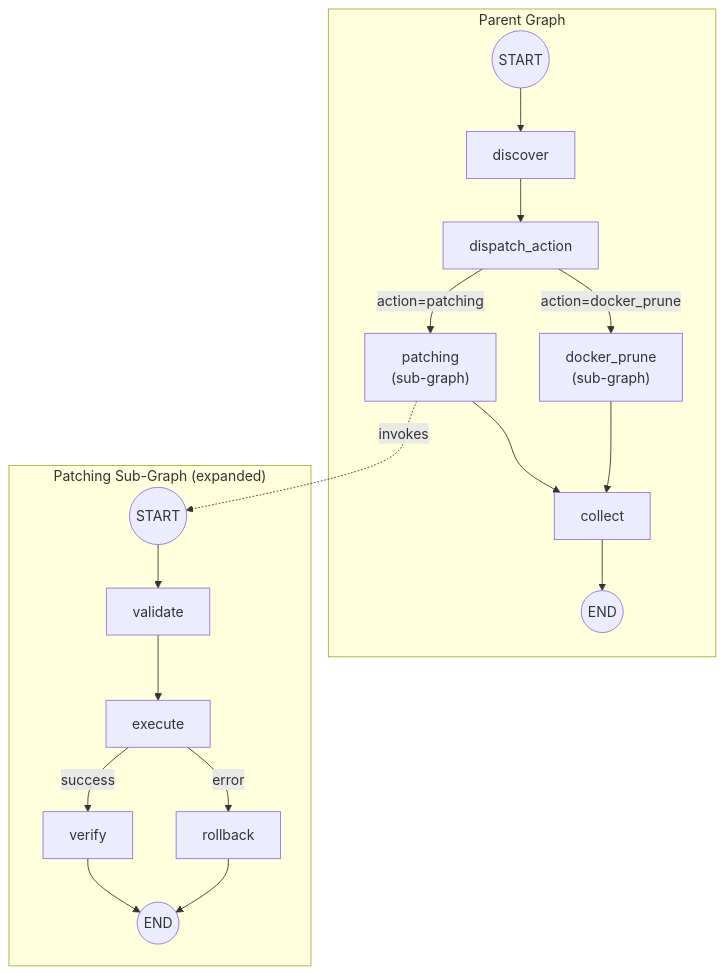
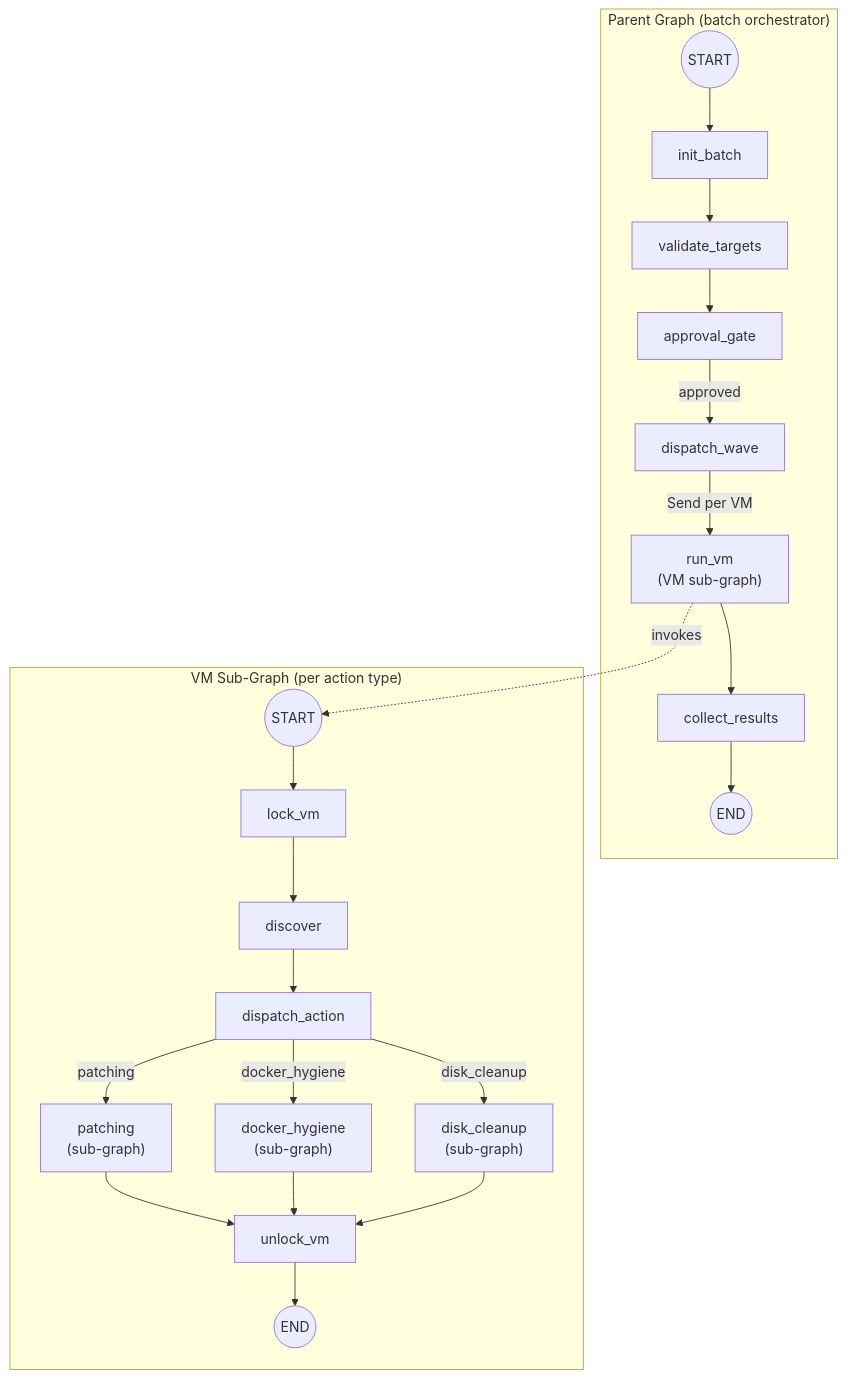
The fourth of 6 diagrams in docs/langgraph-primer.md (psc0des/Errander-AI), drawn with Mermaid before and after one commit. The commit also changed other lines of this file and 11 other files, not shown here.

````diff
--- a/docs/langgraph-primer.md
+++ b/docs/langgraph-primer.md
@@ -192,24 +212,28 @@
 ```mermaid
 graph TD
-    subgraph Parent["Parent Graph"]
-        P_START(("START")) --> discover["discover"]
-        discover --> dispatch["dispatch_action"]
-        dispatch -->|"action=patching"| patch_sub["patching<br/>(sub-graph)"]
-        dispatch -->|"action=docker_prune"| docker_sub["docker_prune<br/>(sub-graph)"]
-        patch_sub --> collect["collect"]
-        docker_sub --> collect
+    subgraph Parent["Parent Graph (batch orchestrator)"]
+        P_START(("START")) --> init["init_batch"]
+        init --> validate["validate_targets"]
+        validate --> approval["approval_gate"]
+        approval -->|"approved"| dispatch["dispatch_wave"]
+        dispatch -->|"Send per VM"| run_vm["run_vm<br/>(VM sub-graph)"]
+        run_vm --> collect["collect_results"]
         collect --> P_END(("END"))
     end
 
-    subgraph Sub["Patching Sub-Graph (expanded)"]
-        S_START(("START")) --> validate["validate"]
-        validate --> execute["execute"]
-        execute -->|"success"| verify["verify"]
-        execute -->|"error"| rollback["rollback"]
-        verify --> S_END(("END"))
-        rollback --> S_END
+    subgraph Sub["VM Sub-Graph (per action type)"]
+        S_START(("START")) --> lock["lock_vm"]
+        lock --> discover["discover"]
+        discover --> dispatch_action["dispatch_action"]
+        dispatch_action -->|"patching"| patch_sub["patching<br/>(sub-graph)"]
+        dispatch_action -->|"docker_hygiene"| docker_sub["docker_hygiene<br/>(sub-graph)"]
+        dispatch_action -->|"disk_cleanup"| disk_sub["disk_cleanup<br/>(sub-graph)"]
+        patch_sub --> unlock["unlock_vm"]
+        docker_sub --> unlock
+        disk_sub --> unlock
+        unlock --> S_END(("END"))
     end
 
-    patch_sub -.->|"invokes"| S_START
+    run_vm -.->|"invokes"| S_START
 
 ```
````
